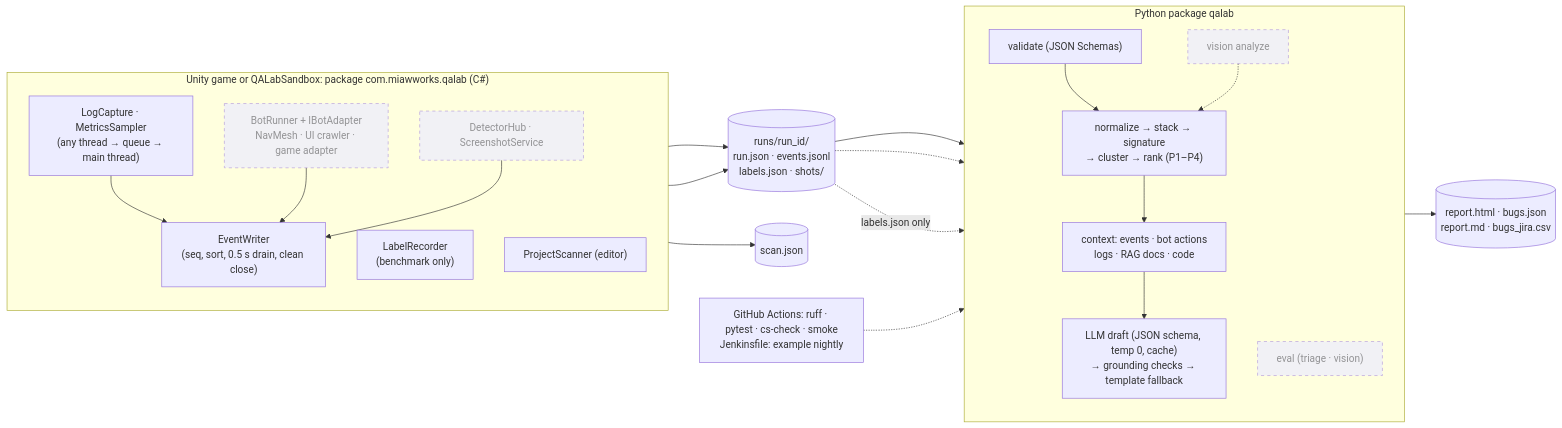
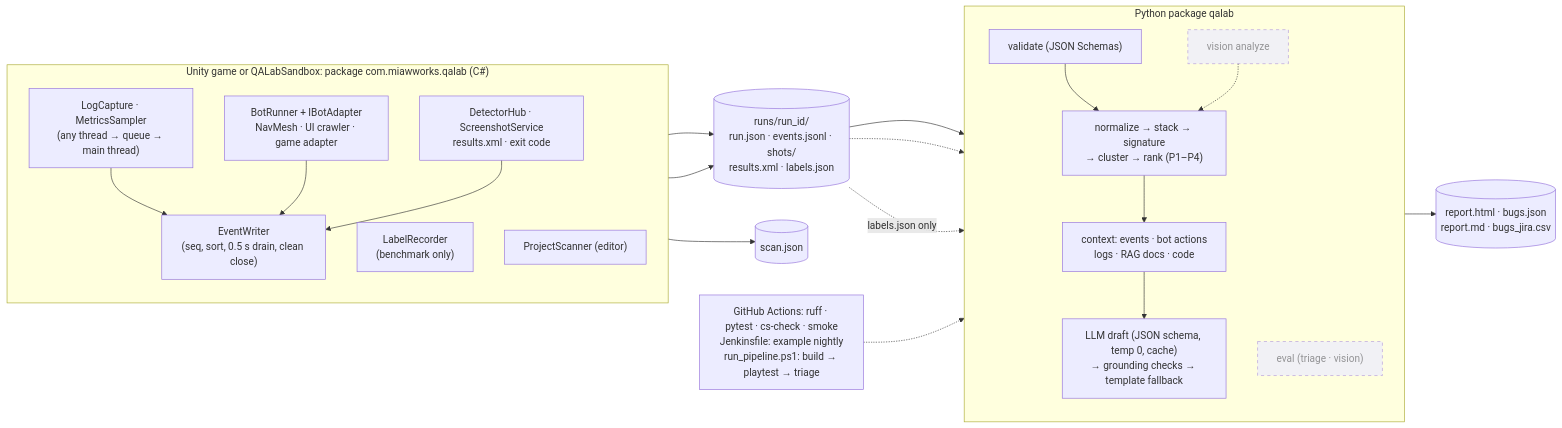
Before and after one commit to sorinnha/miaw-qa-lab: the diagram in README.md, drawn with Mermaid. The commit also changed other lines of this file and 13 other files, not shown here.

````diff
--- a/README.md
+++ b/README.md
@@ -62,40 +71,40 @@
 ```mermaid
 flowchart LR
   subgraph unity["Unity game or QALabSandbox: package com.miawworks.qalab (C#)"]
     direction TB
     log["LogCapture · MetricsSampler<br/>(any thread → queue → main thread)"]
     writer["EventWriter<br/>(seq, sort, 0.5 s drain, clean close)"]
     labels["LabelRecorder<br/>(benchmark only)"]
-    bot["BotRunner + IBotAdapter<br/>NavMesh · UI crawler · game adapter"]:::planned
-    det["DetectorHub · ScreenshotService"]:::planned
+    bot["BotRunner + IBotAdapter<br/>NavMesh · UI crawler · game adapter"]
+    det["DetectorHub · ScreenshotService<br/>results.xml · exit code"]
     scan["ProjectScanner (editor)"]
     log --> writer
     bot --> writer
     det --> writer
   end
 
-  run[("runs/run_id/<br/>run.json · events.jsonl<br/>labels.json · shots/")]
+  run[("runs/run_id/<br/>run.json · events.jsonl · shots/<br/>results.xml · labels.json")]
   writer --> run
   labels --> run
   scan --> scanjson[("scan.json")]
 
   subgraph py["Python package qalab"]
     direction TB
     validate["validate (JSON Schemas)"]
     cluster["normalize → stack → signature<br/>→ cluster → rank (P1–P4)"]
     context["context: events · bot actions<br/>logs · RAG docs · code"]
     llm["LLM draft (JSON schema, temp 0, cache)<br/>→ grounding checks → template fallback"]
     vision["vision analyze"]:::planned
     evalx["eval (triage · vision)"]:::planned
     validate --> cluster --> context --> llm
   end
 
   run --> validate
   run -.-> vision -.-> cluster
   run -.->|labels.json only| evalx
   llm --> out[("report.html · bugs.json<br/>report.md · bugs_jira.csv")]
 
-  ci["GitHub Actions: ruff · pytest · cs-check · smoke<br/>Jenkinsfile: example nightly"] -.-> py
+  ci["GitHub Actions: ruff · pytest · cs-check · smoke<br/>Jenkinsfile: example nightly<br/>run_pipeline.ps1: build → playtest → triage"] -.-> py
 
   classDef planned stroke-dasharray: 5 5,opacity:0.7;
 ```
````
